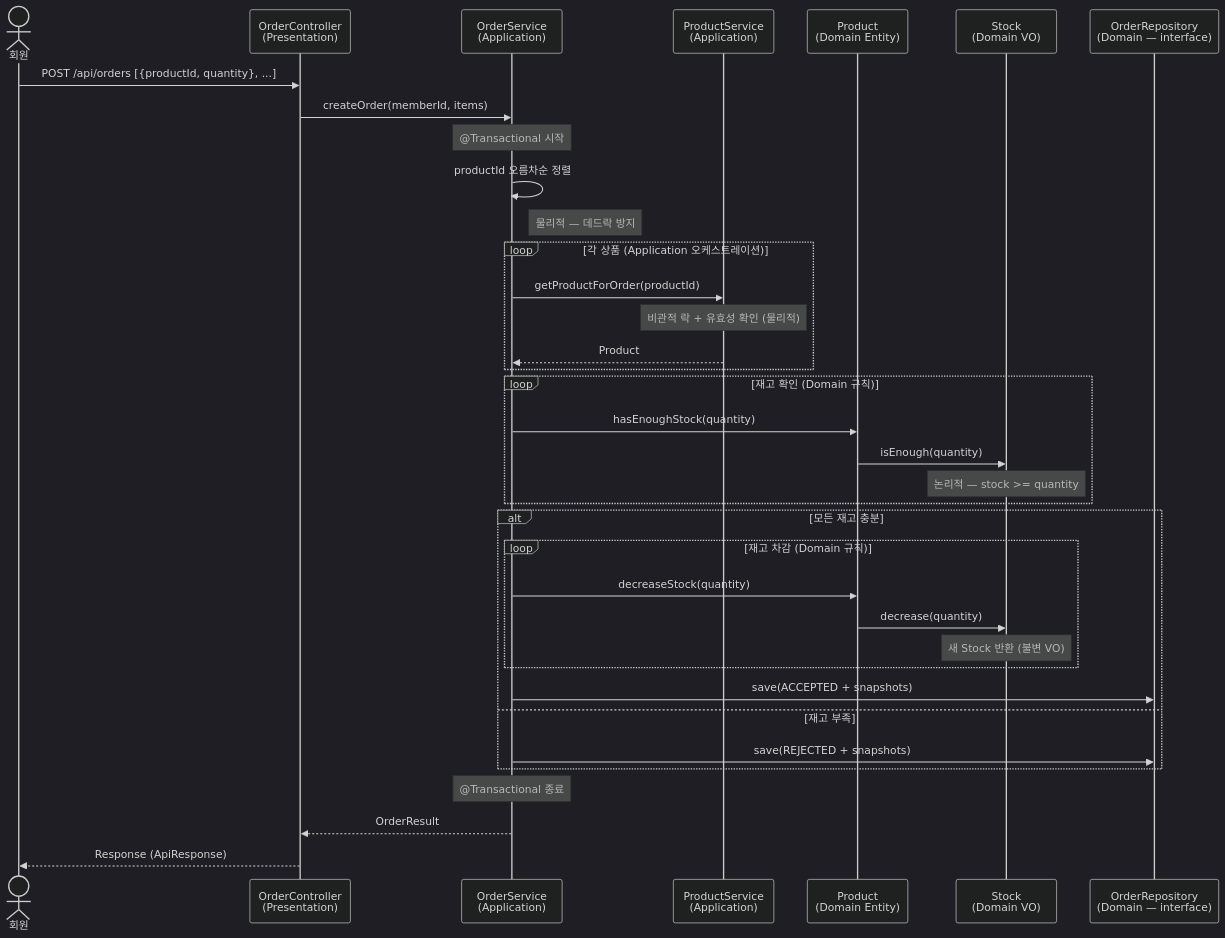
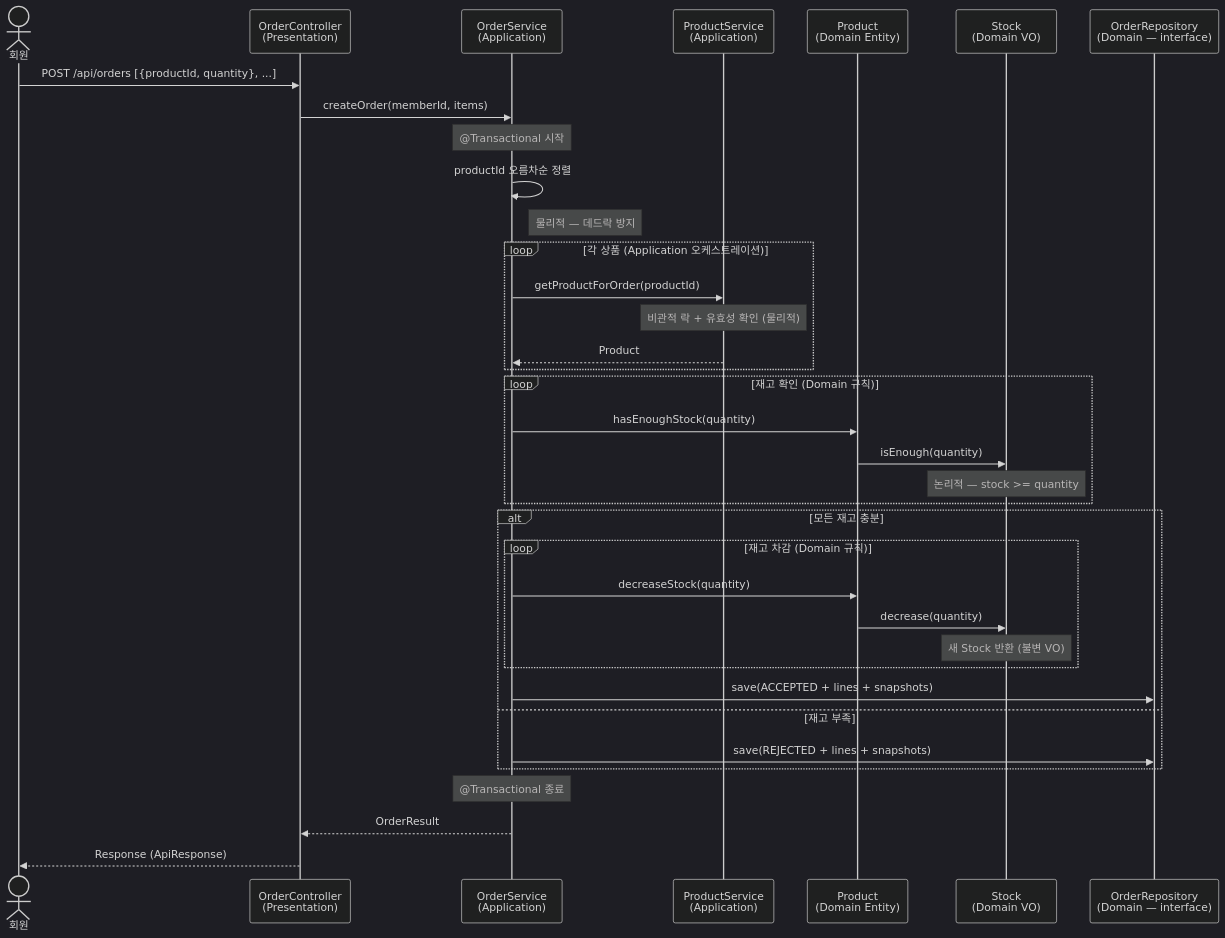
One commit to APapeIsName/loop-pack-be-l2-vol3-java changed the seventh of 8 diagrams in docs/design/06-architecture.md. Above: the diagram before and after it, drawn with Mermaid (dark theme). The commit also changed other lines of this file and 66 other files, not shown here.

````diff
--- a/docs/design/06-architecture.md
+++ b/docs/design/06-architecture.md
@@ -658,44 +662,44 @@
 ```mermaid
 sequenceDiagram
     actor M as 회원
     participant CTRL as OrderController<br/>(Presentation)
     participant OS as OrderService<br/>(Application)
     participant PS as ProductService<br/>(Application)
     participant P as Product<br/>(Domain Entity)
     participant STOCK as Stock<br/>(Domain VO)
     participant PORT as OrderRepository<br/>(Domain — interface)
 
     M->>CTRL: POST /api/orders [{productId, quantity}, ...]
     CTRL->>OS: createOrder(memberId, items)
     Note over OS: @Transactional 시작
 
     OS->>OS: productId 오름차순 정렬
     Note right of OS: 물리적 — 데드락 방지
 
     loop 각 상품 (Application 오케스트레이션)
         OS->>PS: getProductForOrder(productId)
         Note over PS: 비관적 락 + 유효성 확인 (물리적)
         PS-->>OS: Product
     end
 
     loop 재고 확인 (Domain 규칙)
         OS->>P: hasEnoughStock(quantity)
         P->>STOCK: isEnough(quantity)
         Note over STOCK: 논리적 — stock >= quantity
     end
 
     alt 모든 재고 충분
         loop 재고 차감 (Domain 규칙)
             OS->>P: decreaseStock(quantity)
             P->>STOCK: decrease(quantity)
             Note over STOCK: 새 Stock 반환 (불변 VO)
         end
-        OS->>PORT: save(ACCEPTED + snapshots)
+        OS->>PORT: save(ACCEPTED + lines + snapshots)
     else 재고 부족
-        OS->>PORT: save(REJECTED + snapshots)
+        OS->>PORT: save(REJECTED + lines + snapshots)
     end
 
     Note over OS: @Transactional 종료
     OS-->>CTRL: OrderResult
     CTRL-->>M: Response (ApiResponse)
 ```
````
